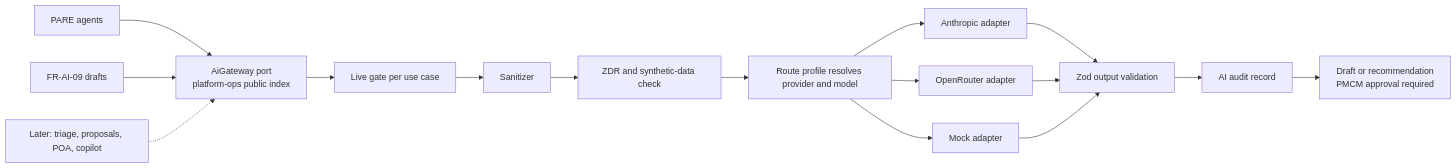
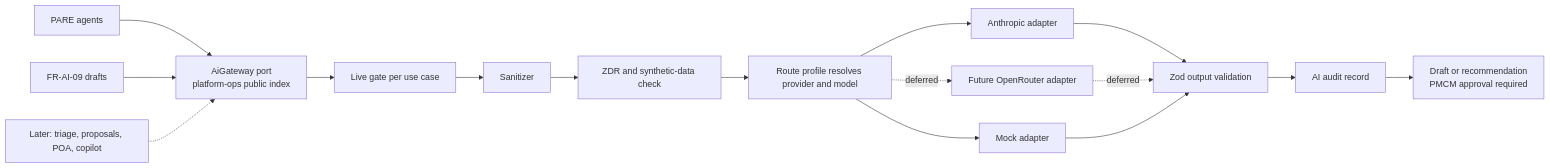
Before and after one commit to The-Team-CG/prism: the diagram in docs/roadmap/ai-provider-gateway-plan.md, drawn with Mermaid. The commit also changed other lines of this file and 2 other files, not shown here.

Commit message:
docs: defer OpenRouter route pending access

````diff
--- a/docs/roadmap/ai-provider-gateway-plan.md
+++ b/docs/roadmap/ai-provider-gateway-plan.md
@@ -155,18 +155,18 @@
 ```mermaid
 flowchart LR
   PARE[PARE agents] --> G
   COMMS[FR-AI-09 drafts] --> G
   LATER[Later: triage, proposals, POA, copilot] -.-> G
   G[AiGateway port<br/>platform-ops public index] --> GATE[Live gate per use case]
   GATE --> SAN[Sanitizer]
   SAN --> ZDR[ZDR and synthetic-data check]
   ZDR --> ROUTE[Route profile resolves provider and model]
   ROUTE --> A1[Anthropic adapter]
-  ROUTE --> A2[OpenRouter adapter]
+  ROUTE -. deferred .-> A2[Future OpenRouter adapter]
   ROUTE --> A3[Mock adapter]
   A1 --> VAL[Zod output validation]
-  A2 --> VAL
+  A2 -. deferred .-> VAL
   A3 --> VAL
   VAL --> AUD[AI audit record]
   AUD --> OUT[Draft or recommendation<br/>PMCM approval required]
 ```
````
